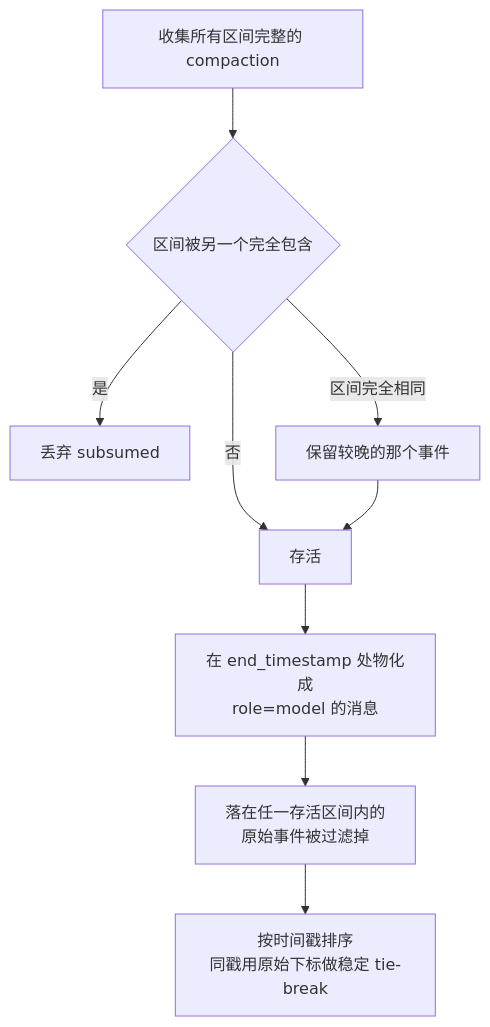
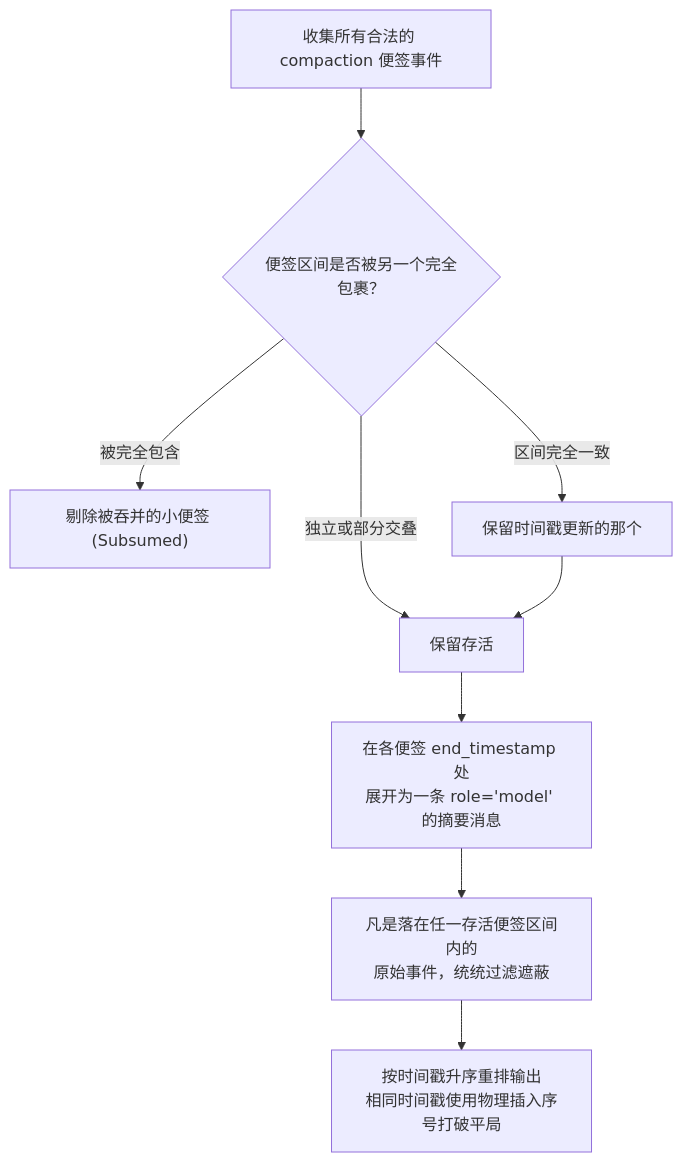
Before and after one commit to caiboyang/ML-learning: diagram 15 of 19 in agent-context-compression/Agent_Context_Compression_Research.md, drawn with Mermaid. The commit also changed other lines of this file and 4 other files, not shown here.

````diff
--- a/agent-context-compression/Agent_Context_Compression_Research.md
+++ b/agent-context-compression/Agent_Context_Compression_Research.md
@@ -2170,11 +2225,11 @@
 ```mermaid
 flowchart TD
-    S["收集所有区间完整的 compaction"] --> D{"区间被另一个完全包含"}
-    D -->|"是"| X["丢弃 subsumed"]
-    D -->|"区间完全相同"| Y["保留较晚的那个事件"]
-    D -->|"否"| K["存活"]
+    S["收集所有合法的 compaction 便签事件"] --> D{"便签区间是否被另一个完全包裹？"}
+    D -->|"被完全包含"| X["剔除被吞并的小便签 (Subsumed)"]
+    D -->|"区间完全一致"| Y["保留时间戳更新的那个"]
+    D -->|"独立或部分交叠"| K["保留存活"]
     Y --> K
-    K --> M["在 end_timestamp 处物化成<br/>role=model 的消息"]
-    M --> F["落在任一存活区间内的<br/>原始事件被过滤掉"]
-    F --> O["按时间戳排序<br/>同戳用原始下标做稳定 tie-break"]
+    K --> M["在各便签 end_timestamp 处<br/>展开为一条 role='model' 的摘要消息"]
+    M --> F["凡是落在任一存活便签区间内的<br/>原始事件，统统过滤遮蔽"]
+    F --> O["按时间戳升序重排输出<br/>相同时间戳使用物理插入序号打破平局"]
 ```
````
